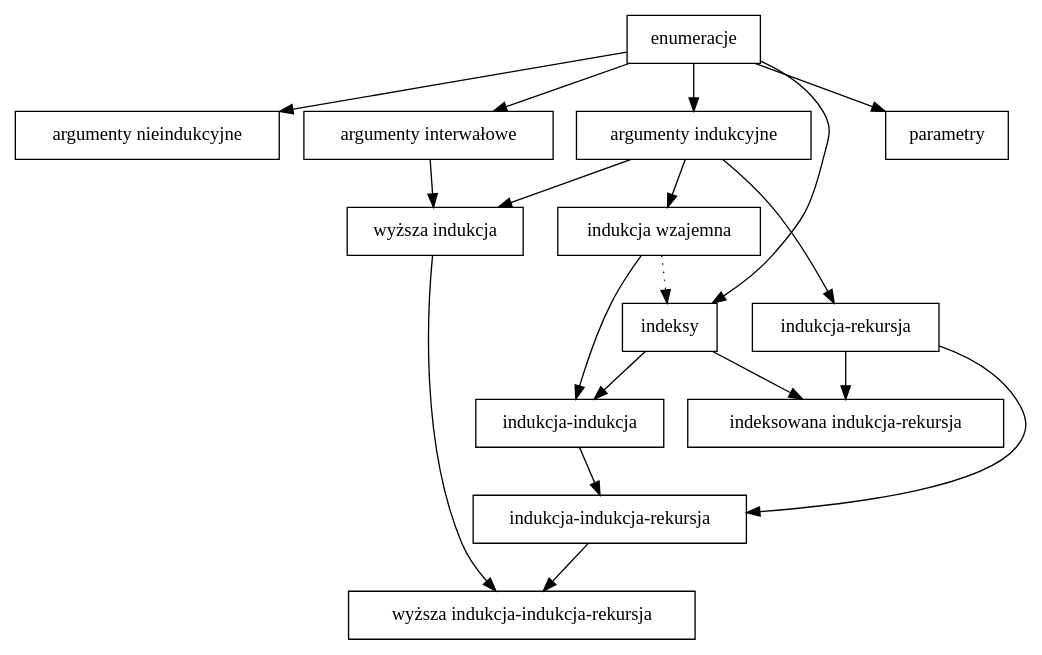
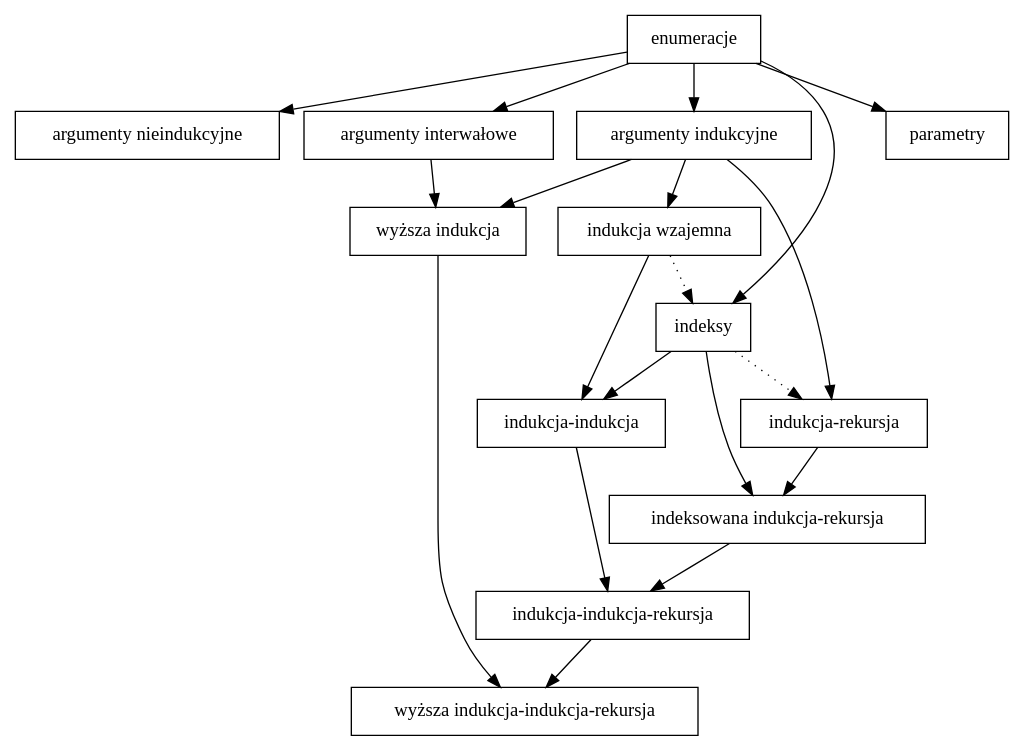
The diagram in txt/indukcja.dot (wkolowski/Typonomikon), drawn with Graphviz before and after one commit. The commit also changed 20 other files, not shown here.

```diff
--- a/txt/indukcja.dot
+++ b/txt/indukcja.dot
@@ -1,48 +1,51 @@
 digraph
 {
   node[shape=rectangle]
 
   enumeracje			->
   {
     "argumenty nieindukcyjne"
     "argumenty indukcyjne"
     "argumenty interwałowe"
 
     parametry
     indeksy
   }
 
   "argumenty indukcyjne"	->
   {
     "indukcja wzajemna"
     "indukcja-rekursja"
     "wyższa indukcja"
   }
 
   "argumenty interwałowe"	-> "wyższa indukcja"
 
   "indukcja wzajemna"		-> "indukcja-indukcja"
 
   indeksy			->
   {
     "indukcja-indukcja"
     "indeksowana indukcja-rekursja"
   }
 
   "indukcja-indukcja"		-> "indukcja-indukcja-rekursja"
 
   "indukcja-rekursja"		->
   {
     "indeksowana indukcja-rekursja"
-    "indukcja-indukcja-rekursja"
   }
+
+  "indeksowana indukcja-rekursja" -> "indukcja-indukcja-rekursja"
 
   "indukcja-indukcja-rekursja"	-> "wyższa indukcja-indukcja-rekursja"
   "wyższa indukcja"		-> "wyższa indukcja-indukcja-rekursja"
 
   /* Przerywana linia z A do B oznacza relację "można zasymulować A za pomocą B". */
   edge[style=dotted]
 
   "indukcja wzajemna"		-> indeksy
+
+  indeksy			-> "indukcja-rekursja"
   
 }
```
